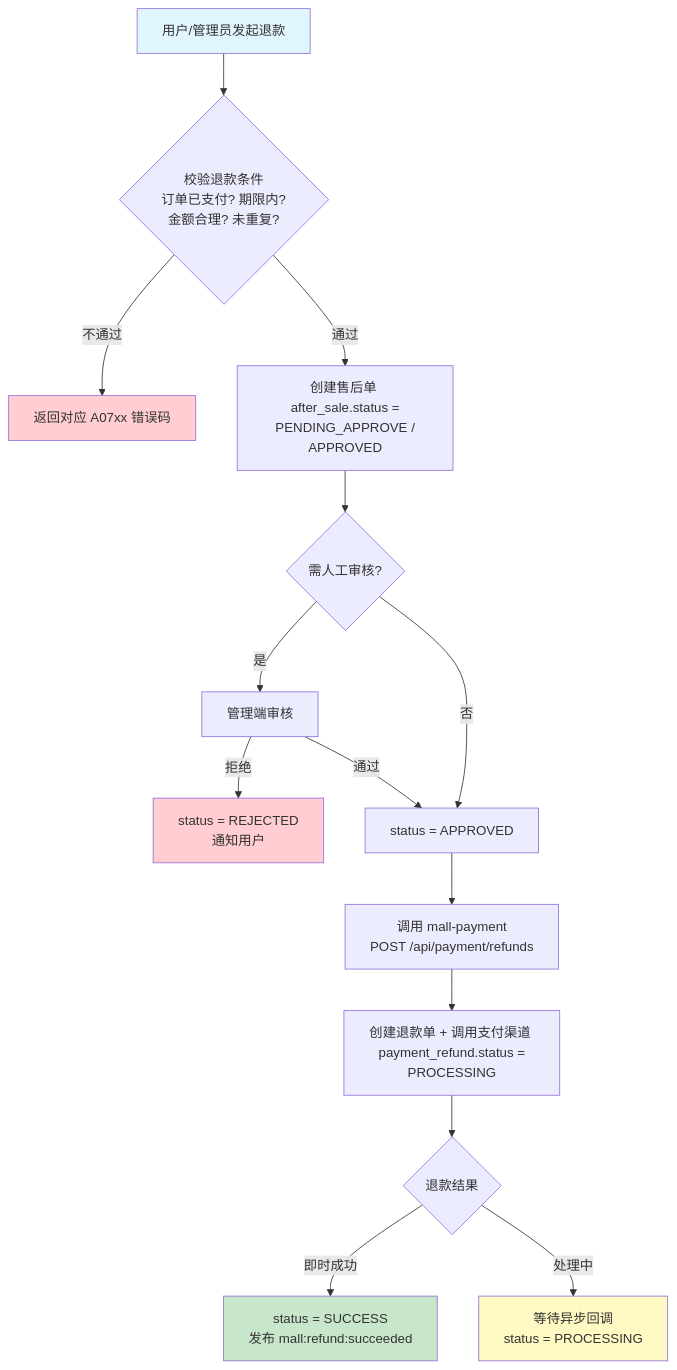
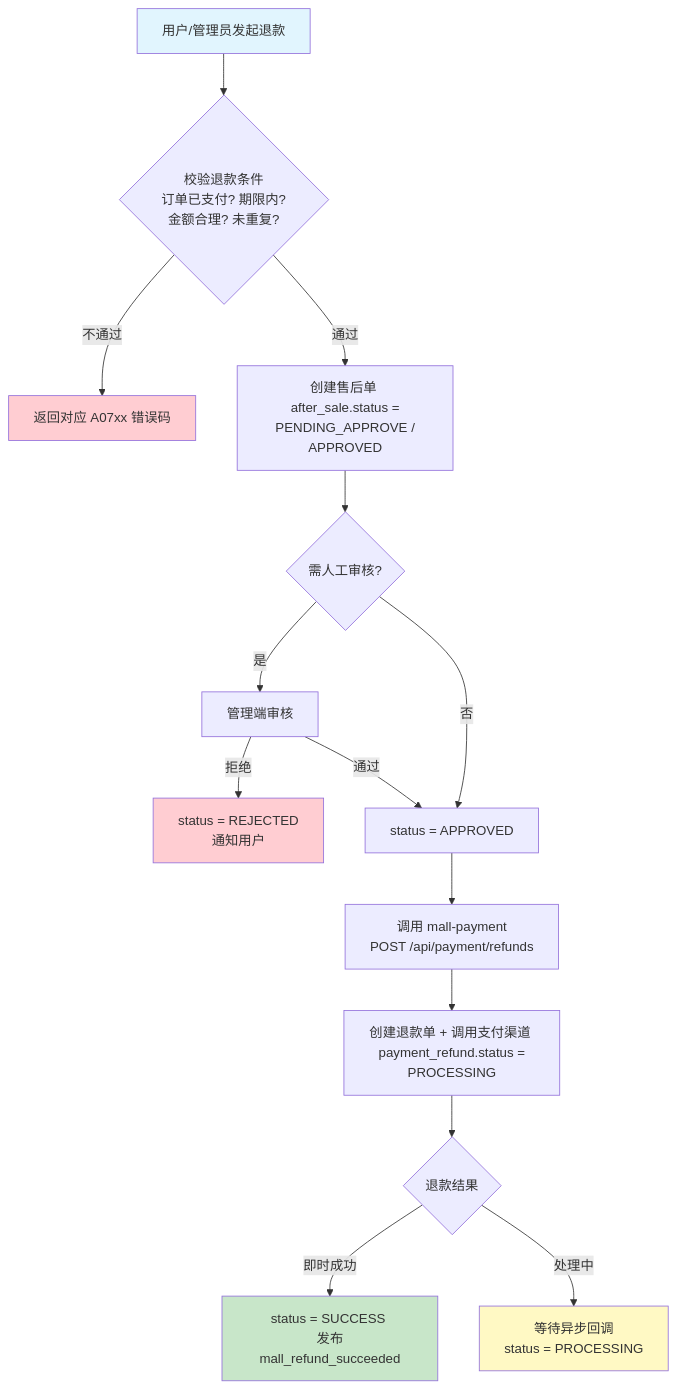
Before and after one commit to 1016297824/JH-Mall: the sixth of 12 diagrams in docs/design/03_05_系统详细设计-核心业务详细流程.md, drawn with Mermaid. The commit also changed other lines of this file and 20 other files, not shown here.

````diff
--- a/docs/design/03_05_系统详细设计-核心业务详细流程.md
+++ b/docs/design/03_05_系统详细设计-核心业务详细流程.md
@@ -232,22 +232,22 @@
 ```mermaid
 graph TD
     A["用户/管理员发起退款"] --> B{"校验退款条件 <br/> 订单已支付? 期限内? <br/> 金额合理? 未重复?"}
     B -->|"不通过"| C["返回对应 A07xx 错误码"]
     B -->|"通过"| D["创建售后单 <br/> after_sale.status = <br/> PENDING_APPROVE / APPROVED"]
     D --> E{"需人工审核?"}
     E -->|"是"| F["管理端审核"]
     F -->|"拒绝"| G["status = REJECTED <br/> 通知用户"]
     F -->|"通过"| H["status = APPROVED"]
     E -->|"否"| H
     H --> I["调用 mall-payment <br/> POST /api/payment/refunds"]
     I --> J["创建退款单 + 调用支付渠道 <br/> payment_refund.status = PROCESSING"]
     J --> K{"退款结果"}
-    K -->|"即时成功"| L["status = SUCCESS <br/> 发布 mall:refund:succeeded"]
+    K -->|"即时成功"| L["status = SUCCESS <br/> 发布 mall_refund_succeeded"]
     K -->|"处理中"| M["等待异步回调 <br/> status = PROCESSING"]
 
     style A fill:#e1f5fe
     style L fill:#c8e6c9
     style M fill:#fff9c4
     style C fill:#ffcdd2
     style G fill:#ffcdd2
 ```
````
